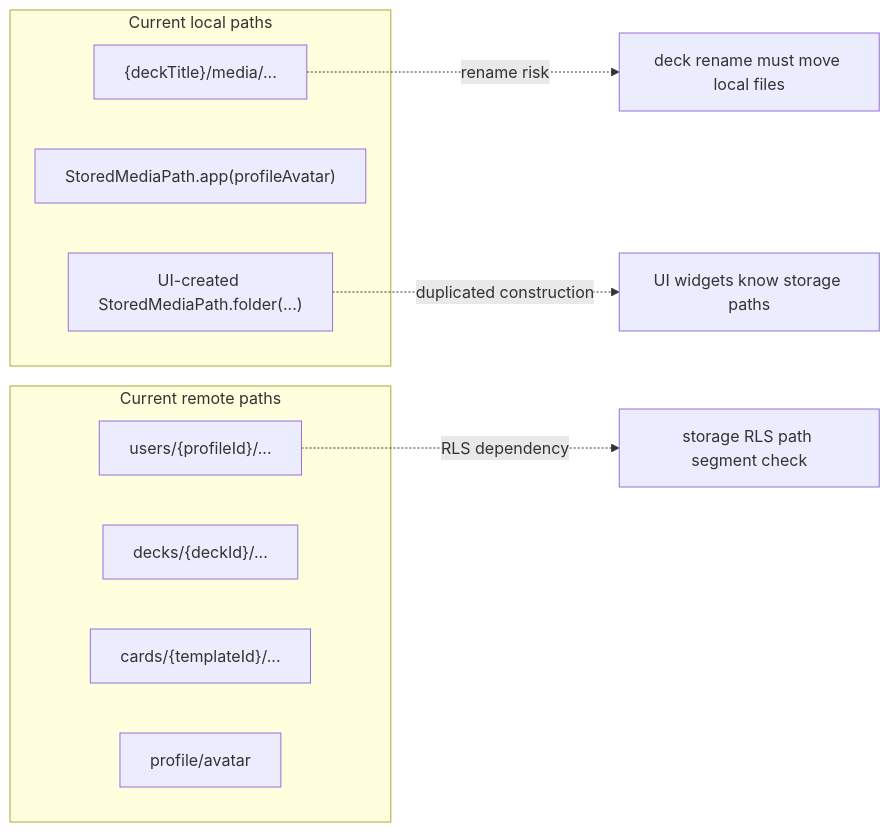
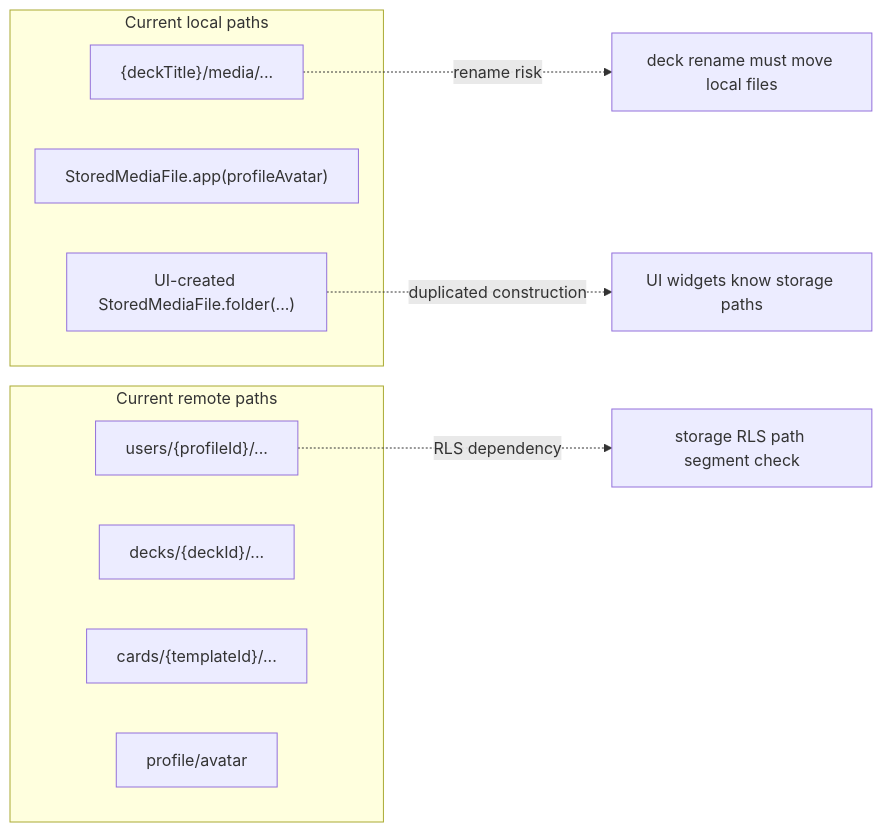
One commit to GuyWithBag/boo_mondai changed diagram 11 of 18 in documentation/refactor/stored_media_sync_refactor_graphs.md. Above: the diagram before and after it, drawn with Mermaid. The commit also changed other lines of this file and 11 other files, not shown here.

````diff
--- a/documentation/refactor/stored_media_sync_refactor_graphs.md
+++ b/documentation/refactor/stored_media_sync_refactor_graphs.md
@@ -264,19 +264,19 @@
 ```mermaid
 flowchart LR
     subgraph LocalPaths["Current local paths"]
         DeckTitlePath["{deckTitle}/media/..."]
-        ProfileAppPath["StoredMediaPath.app(profileAvatar)"]
-        UiAttachmentPath["UI-created StoredMediaPath.folder(...)"]
+        ProfileAppPath["StoredMediaFile.app(profileAvatar)"]
+        UiAttachmentPath["UI-created StoredMediaFile.folder(...)"]
     end
 
     subgraph RemotePaths["Current remote paths"]
         UserPrefix["users/{profileId}/..."]
         DeckIdPath["decks/{deckId}/..."]
         CardIdPath["cards/{templateId}/..."]
         AvatarPath["profile/avatar"]
     end
 
     DeckTitlePath -. rename risk .-> DeckRename["deck rename must move local files"]
     UiAttachmentPath -. duplicated construction .-> UiWidgets["UI widgets know storage paths"]
     UserPrefix -. RLS dependency .-> RlsPolicy["storage RLS path segment check"]
 ```
````
